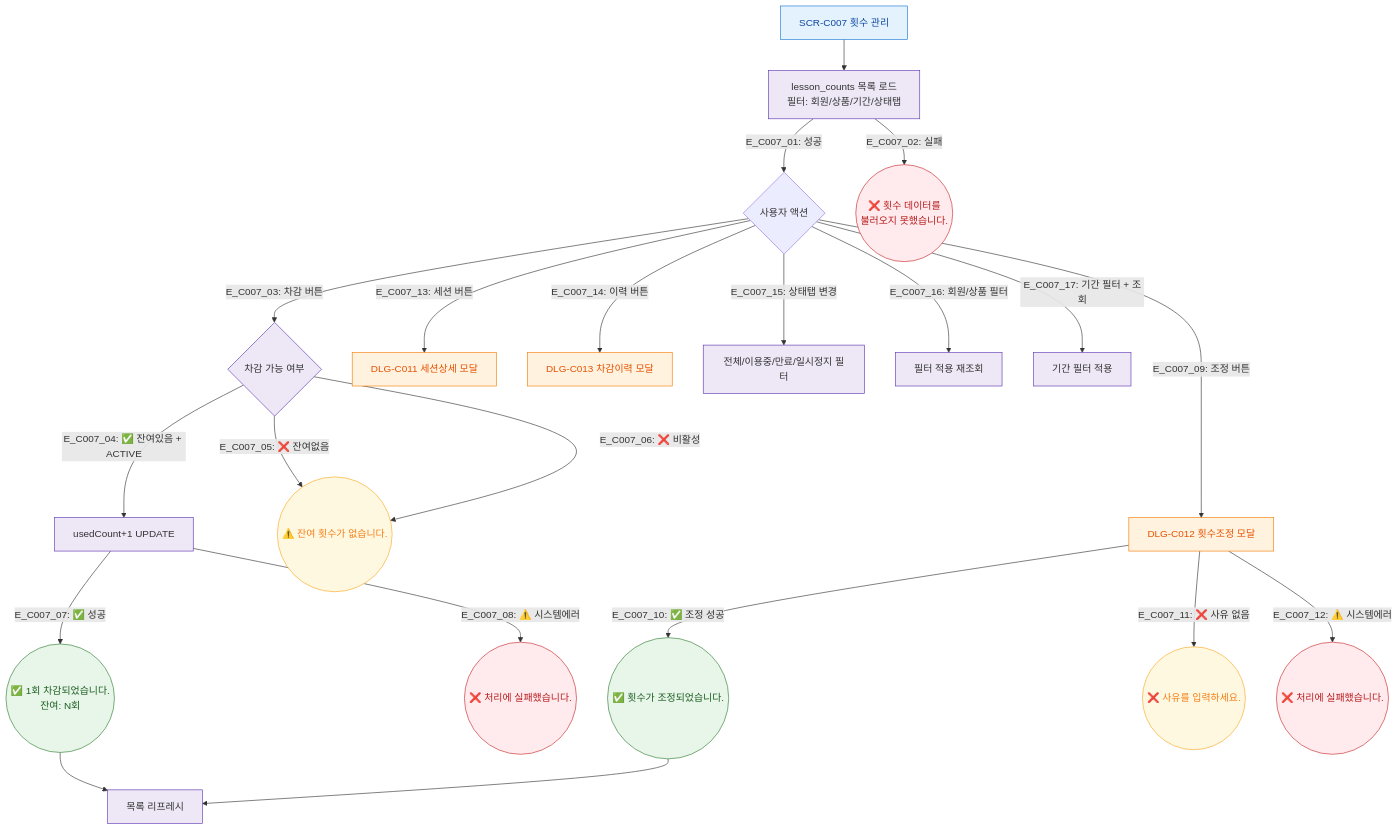
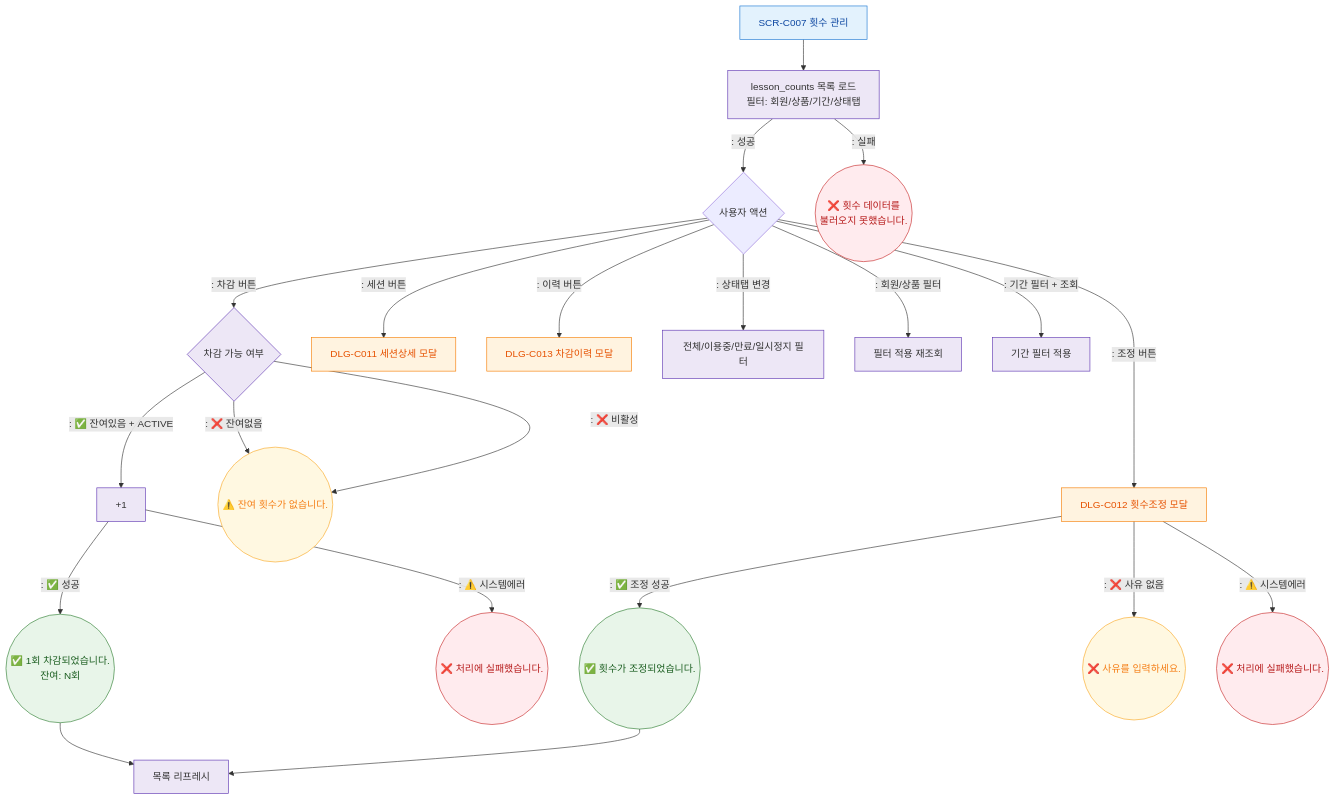
Before and after one commit to dev-spogym/admin-pando: the diagram in docs/다이어그램/D04_수업관리/SCR-C007_횟수관리/F2_메인.md, drawn with Mermaid. The commit also changed other lines of this file and 1660 other files, not shown here.

First line of the commit message:
다이어그램: 기획자/클라이언트 납품본으로 정리

````diff
--- a/docs/다이어그램/D04_수업관리/SCR-C007_횟수관리/F2_메인.md
+++ b/docs/다이어그램/D04_수업관리/SCR-C007_횟수관리/F2_메인.md
@@ -20,40 +18,40 @@
 ```mermaid
 flowchart TD
   SCR_C007[SCR-C007 횟수 관리] --> LoadData[lesson_counts 목록 로드\n필터: 회원/상품/기간/상태탭]
-  LoadData -->|"E_C007_01: 성공"| Ready{사용자 액션}
-  LoadData -->|"E_C007_02: 실패"| ErrLoad((❌ 횟수 데이터를\n불러오지 못했습니다.))
+  LoadData -->|": 성공"|Ready{사용자 액션}
+  LoadData -->|": 실패"|ErrLoad((❌ 횟수 데이터를\n불러오지 못했습니다.))
 
-  Ready -->|"E_C007_03: 차감 버튼"| DeductCheck{차감 가능 여부}
-  DeductCheck -->|"E_C007_04: ✅ 잔여있음 + ACTIVE"| Deduct[usedCount+1 UPDATE]
-  DeductCheck -->|"E_C007_05: ❌ 잔여없음"| Toast_NoDed((⚠️ 잔여 횟수가 없습니다.))
-  DeductCheck -->|"E_C007_06: ❌ 비활성"| Toast_NoDed
-  Deduct -->|"E_C007_07: ✅ 성공"| Toast_Ded((✅ 1회 차감되었습니다.\n잔여: N회))
-  Deduct -->|"E_C007_08: ⚠️ 시스템에러"| Toast_DedErr((❌ 처리에 실패했습니다.))
+  Ready -->|": 차감 버튼"|DeductCheck{차감 가능 여부}
+  DeductCheck -->|": ✅ 잔여있음 + ACTIVE"|Deduct[+1]
+  DeductCheck -->|": ❌ 잔여없음"|Toast_NoDed((⚠️ 잔여 횟수가 없습니다.))
+  DeductCheck -->|": ❌ 비활성"|Toast_NoDed
+  Deduct -->|": ✅ 성공"|Toast_Ded((✅ 1회 차감되었습니다.\n잔여: N회))
+  Deduct -->|": ⚠️ 시스템에러"|Toast_DedErr((❌ 처리에 실패했습니다.))
   Toast_Ded --> Refresh[목록 리프레시]
 
-  Ready -->|"E_C007_09: 조정 버튼"| DLG_C012[DLG-C012 횟수조정 모달]
-  DLG_C012 -->|"E_C007_10: ✅ 조정 성공"| Toast_Adj((✅ 횟수가 조정되었습니다.))
-  DLG_C012 -->|"E_C007_11: ❌ 사유 없음"| Toast_VErr((❌ 사유를 입력하세요.))
-  DLG_C012 -->|"E_C007_12: ⚠️ 시스템에러"| Toast_AdjErr((❌ 처리에 실패했습니다.))
+  Ready -->|": 조정 버튼"|DLG_C012[DLG-C012 횟수조정 모달]
+  DLG_C012 -->|": ✅ 조정 성공"|Toast_Adj((✅ 횟수가 조정되었습니다.))
+  DLG_C012 -->|": ❌ 사유 없음"|Toast_VErr((❌ 사유를 입력하세요.))
+  DLG_C012 -->|": ⚠️ 시스템에러"|Toast_AdjErr((❌ 처리에 실패했습니다.))
   Toast_Adj --> Refresh
 
-  Ready -->|"E_C007_13: 세션 버튼"| DLG_C011[DLG-C011 세션상세 모달]
-  Ready -->|"E_C007_14: 이력 버튼"| DLG_C013[DLG-C013 차감이력 모달]
+  Ready -->|": 세션 버튼"|DLG_C011[DLG-C011 세션상세 모달]
+  Ready -->|": 이력 버튼"|DLG_C013[DLG-C013 차감이력 모달]
 
-  Ready -->|"E_C007_15: 상태탭 변경"| TabFilter[전체/이용중/만료/일시정지 필터]
-  Ready -->|"E_C007_16: 회원/상품 필터"| DataFilter[필터 적용 재조회]
-  Ready -->|"E_C007_17: 기간 필터 + 조회"| DateFilter[기간 필터 적용]
+  Ready -->|": 상태탭 변경"|TabFilter[전체/이용중/만료/일시정지 필터]
+  Ready -->|": 회원/상품 필터"|DataFilter[필터 적용 재조회]
+  Ready -->|": 기간 필터 + 조회"|DateFilter[기간 필터 적용]
 
   classDef screen fill:#E3F2FD,stroke:#1976D2,color:#0D47A1
   classDef modal fill:#FFF3E0,stroke:#F57C00,color:#E65100
   classDef system fill:#EDE7F6,stroke:#5E35B2
   classDef success fill:#E8F5E9,stroke:#2E7D32,color:#1B5E20
   classDef error fill:#FFEBEE,stroke:#C62828,color:#B71C1C
   classDef warning fill:#FFF8E1,stroke:#F9A825,color:#F57F17
   class SCR_C007 screen
   class DLG_C011,DLG_C012,DLG_C013 modal
   class LoadData,Deduct,DeductCheck,Refresh,TabFilter,DataFilter,DateFilter system
   class Toast_Ded,Toast_Adj success
   class ErrLoad,Toast_DedErr,Toast_AdjErr error
   class Toast_NoDed,Toast_VErr warning
 ```
````
